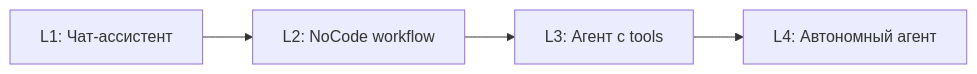
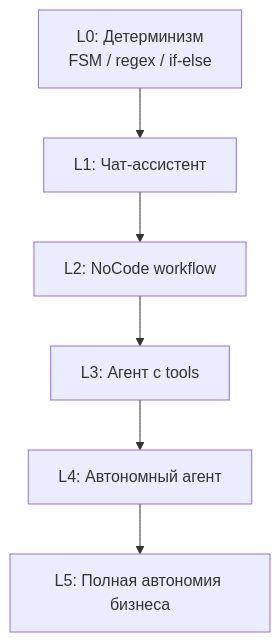
Before and after one commit to evgeniy-borisov/vairl: the first of 7 diagrams in _posts/2026-07-02-ai-automation-smb-ru.md, drawn with Mermaid. The commit also changed other lines of this file, not shown here.

````diff
--- a/_posts/2026-07-02-ai-automation-smb-ru.md
+++ b/_posts/2026-07-02-ai-automation-smb-ru.md
@@ -37,6 +34,10 @@
 ```mermaid
-flowchart LR
-  L1[L1: Чат-ассистент] --> L2[L2: NoCode workflow]
-  L2 --> L3[L3: Агент с tools]
-  L3 --> L4[L4: Автономный агент]
+flowchart TB
+  L0[L0: Детерминизм\nFSM / regex / if-else]
+  L1[L1: Чат-ассистент]
+  L2[L2: NoCode workflow]
+  L3[L3: Агент с tools]
+  L4[L4: Автономный агент]
+  L5[L5: Полная автономия бизнеса]
+  L0 --> L1 --> L2 --> L3 --> L4 --> L5
 ```
````
